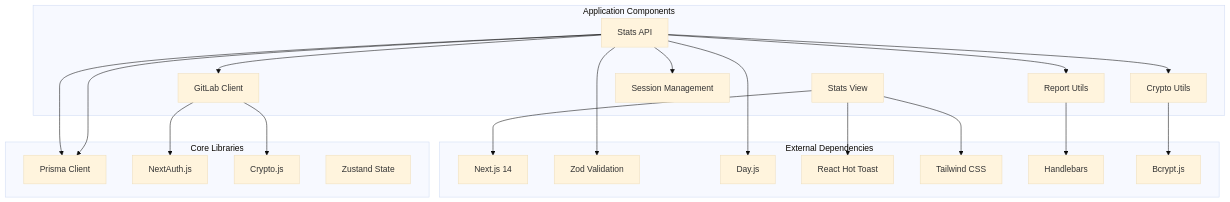
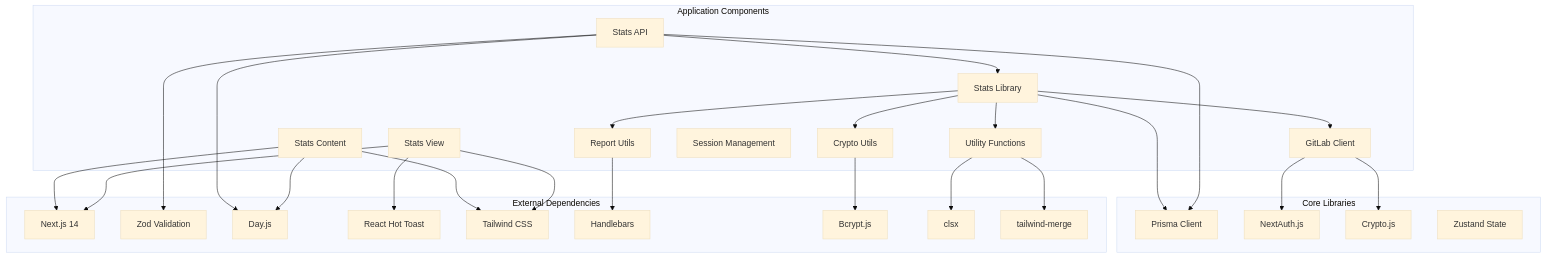
Before and after one commit to jrj444/git-daily: the seventh of 7 diagrams in .qoder/repowiki/en/content/Frontend Components/Commit Statistics Dashboard.md, drawn with Mermaid (base theme). The commit also changed other lines of this file and 8 other files, not shown here.

````diff
--- a/.qoder/repowiki/en/content/Frontend Components/Commit Statistics Dashboard.md
+++ b/.qoder/repowiki/en/content/Frontend Components/Commit Statistics Dashboard.md
@@ -340,41 +344,52 @@
 ```mermaid
 graph TB
 subgraph "External Dependencies"
 NextJS[Next.js 14]
 Zod[Zod Validation]
 DayJS[Day.js]
 ReactHotToast[React Hot Toast]
 TailwindCSS[Tailwind CSS]
 Handlebars[Handlebars]
 Bcrypt[Bcrypt.js]
+clsx[clsx]
+tailwind-merge[tailwind-merge]
 end
 subgraph "Core Libraries"
 Prisma[Prisma Client]
 NextAuth[NextAuth.js]
 CryptoJS[Crypto.js]
 Zustand[Zustand State]
 end
 subgraph "Application Components"
 StatsView[Stats View]
+StatsContent[Stats Content]
 StatsAPI[Stats API]
+StatsLib[Stats Library]
 GitLabClient[GitLab Client]
 ReportUtils[Report Utils]
 CryptoUtils[Crypto Utils]
 SessionLib[Session Management]
+UtilsLib[Utility Functions]
 end
 StatsView --> NextJS
 StatsView --> ReactHotToast
 StatsView --> TailwindCSS
+StatsContent --> NextJS
+StatsContent --> TailwindCSS
+StatsContent --> DayJS
 StatsAPI --> Zod
 StatsAPI --> DayJS
 StatsAPI --> Prisma
+StatsAPI --> StatsLib
+StatsLib --> UtilsLib
+StatsLib --> GitLabClient
+StatsLib --> ReportUtils
+StatsLib --> CryptoUtils
+StatsLib --> Prisma
 GitLabClient --> NextAuth
 GitLabClient --> CryptoJS
 ReportUtils --> Handlebars
 CryptoUtils --> Bcrypt
-StatsAPI --> ReportUtils
-StatsAPI --> GitLabClient
-StatsAPI --> CryptoUtils
-StatsAPI --> Prisma
-StatsAPI --> SessionLib
+UtilsLib --> clsx
+UtilsLib --> tailwind-merge
 ```
````
